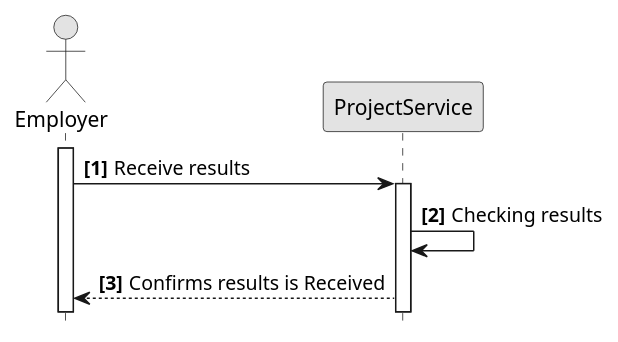
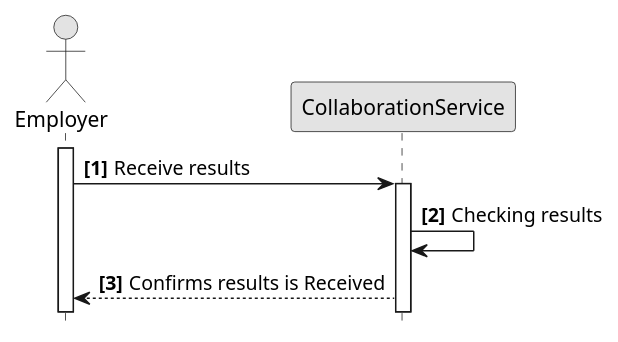
One commit to converge-app/diagrams changed the diagram in src/software-architecture/sequence/Employer-flow/receive-result.pu. Above: the diagram before and after it, drawn with PlantUML. The commit also changed 7 other files, not shown here.

```diff
--- a/src/software-architecture/sequence/Employer-flow/receive-result.pu
+++ b/src/software-architecture/sequence/Employer-flow/receive-result.pu
@@ -1,15 +1,15 @@
 @startuml
 hide footbox
 autonumber "<b>[0]"
 skinparam monochrome true
 
 actor Employer
-participant ProjectService
+participant CollaborationService
 
 activate Employer
-Employer -> ProjectService: Receive results
+Employer -> CollaborationService: Receive results
 
-activate ProjectService
-ProjectService -> ProjectService: Checking results
-ProjectService --> Employer: Confirms results is Received
+activate CollaborationService
+CollaborationService -> CollaborationService: Checking results
+CollaborationService --> Employer: Confirms results is Received
 @enduml
```
